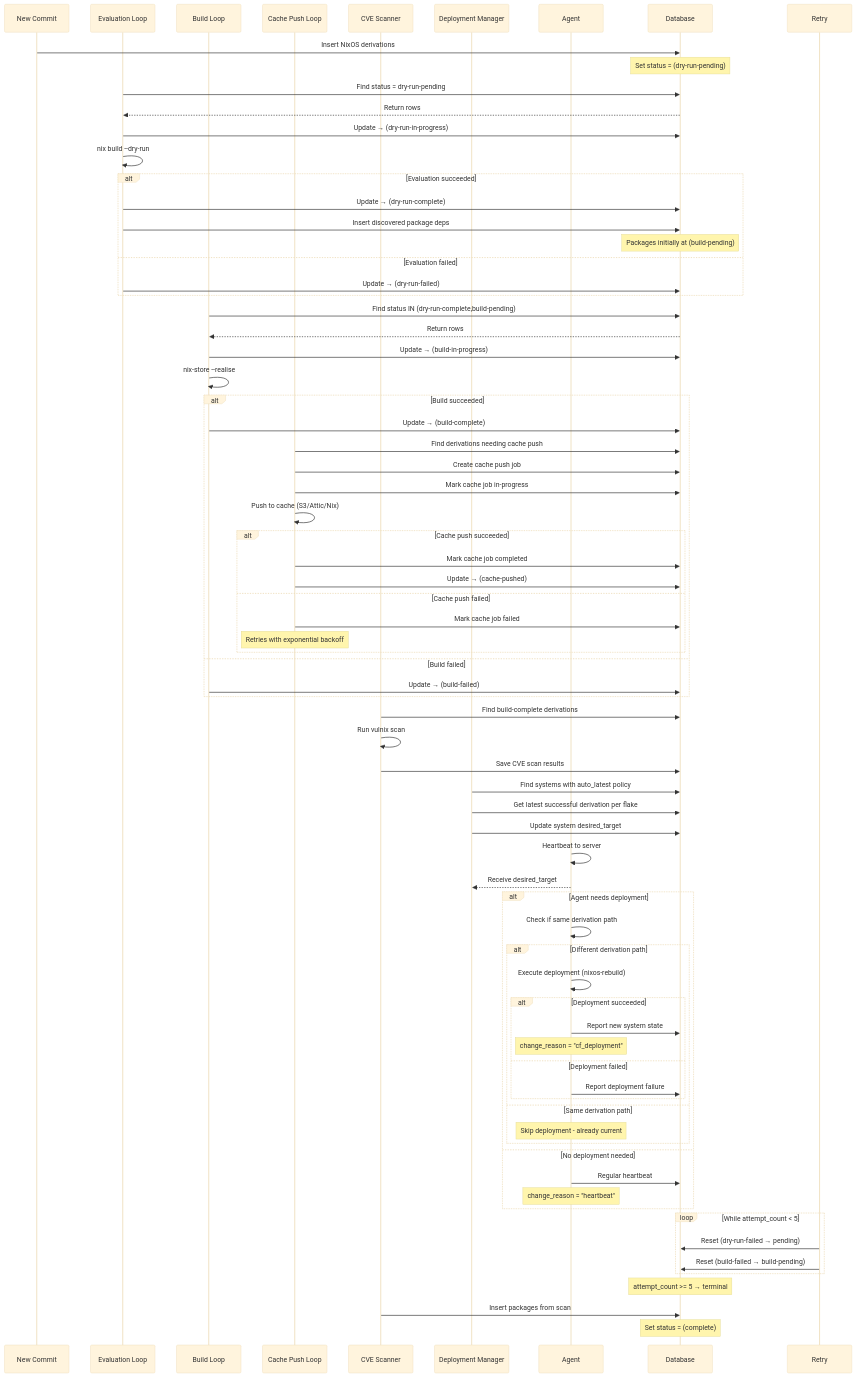
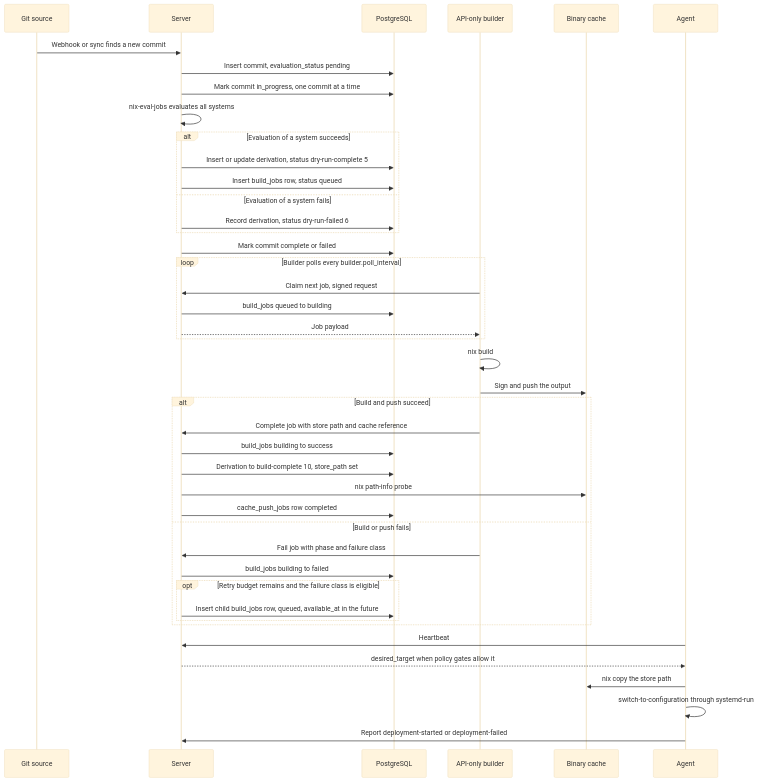
The diagram in docs/knowledge/concepts/derivation-status-lifecycle.md (usmcamp0811/crystal-forge), drawn with Mermaid (base theme) before and after one commit. The commit also changed other lines of this file and 39 other files, not shown here.

````diff
--- a/docs/knowledge/concepts/derivation-status-lifecycle.md
+++ b/docs/knowledge/concepts/derivation-status-lifecycle.md
@@ -29,99 +59,48 @@
 ```mermaid
 sequenceDiagram
-    participant Commit as New Commit
-    participant Eval as Evaluation Loop
-    participant Build as Build Loop
-    participant Cache as Cache Push Loop
-    participant CVE as CVE Scanner
-    participant Deploy as Deployment Manager
-    participant Agent as Agent
-    participant DB as Database
+    participant G as Git source
+    participant S as Server
+    participant DB as PostgreSQL
+    participant B as API-only builder
+    participant C as Binary cache
+    participant A as Agent
 
-    %% Commit discovery
-    Commit->>DB: Insert NixOS derivations
-    Note over DB: Set status = (dry-run-pending)
+    G->>S: Webhook or sync finds a new commit
+    S->>DB: Insert commit, evaluation_status pending
+    S->>DB: Mark commit in_progress, one commit at a time
+    S->>S: nix-eval-jobs evaluates all systems
+    alt Evaluation of a system succeeds
+        S->>DB: Insert or update derivation, status dry-run-complete 5
+        S->>DB: Insert build_jobs row, status queued
+    else Evaluation of a system fails
+        S->>DB: Record derivation, status dry-run-failed 6
+    end
+    S->>DB: Mark commit complete or failed
 
-    %% Evaluation loop
-    Eval->>DB: Find status = dry-run-pending
-    DB-->>Eval: Return rows
-    Eval->>DB: Update → (dry-run-in-progress)
-    Eval->>Eval: nix build --dry-run
-
-    alt Evaluation succeeded
-        Eval->>DB: Update → (dry-run-complete)
-        Eval->>DB: Insert discovered package deps
-        Note over DB: Packages initially at (build-pending)
-    else Evaluation failed
-        Eval->>DB: Update → (dry-run-failed)
+    loop Builder polls every builder.poll_interval
+        B->>S: Claim next job, signed request
+        S->>DB: build_jobs queued to building
+        S-->>B: Job payload
+    end
+    B->>B: nix build
+    B->>C: Sign and push the output
+    alt Build and push succeed
+        B->>S: Complete job with store path and cache reference
+        S->>DB: build_jobs building to success
+        S->>DB: Derivation to build-complete 10, store_path set
+        S->>C: nix path-info probe
+        S->>DB: cache_push_jobs row completed
+    else Build or push fails
+        B->>S: Fail job with phase and failure class
+        S->>DB: build_jobs building to failed
+        opt Retry budget remains and the failure class is eligible
+            S->>DB: Insert child build_jobs row, queued, available_at in the future
+        end
     end
 
-    %% Build loop
-    Build->>DB: Find status IN (dry-run-complete,build-pending)
-    DB-->>Build: Return rows
-    Build->>DB: Update → (build-in-progress)
-    Build->>Build: nix-store --realise
-
-    alt Build succeeded
-        Build->>DB: Update → (build-complete)
-        
-        %% Cache push flow
-        Cache->>DB: Find derivations needing cache push
-        Cache->>DB: Create cache push job
-        Cache->>DB: Mark cache job in-progress
-        Cache->>Cache: Push to cache (S3/Attic/Nix)
-        
-        alt Cache push succeeded
-            Cache->>DB: Mark cache job completed
-            Cache->>DB: Update → (cache-pushed)
-        else Cache push failed
-            Cache->>DB: Mark cache job failed
-            Note over Cache: Retries with exponential backoff
-        end
-        
-    else Build failed
-        Build->>DB: Update → (build-failed)
-    end
-
-    %% CVE Scanning
-    CVE->>DB: Find build-complete derivations
-    CVE->>CVE: Run vulnix scan
-    CVE->>DB: Save CVE scan results
-    
-    %% Deployment Policy Management
-    Deploy->>DB: Find systems with auto_latest policy
-    Deploy->>DB: Get latest successful derivation per flake
-    Deploy->>DB: Update system desired_target
-    
-    %% Agent Deployment Flow
-    Agent->>Agent: Heartbeat to server
-    Agent-->>Deploy: Receive desired_target
-    
-    alt Agent needs deployment
-        Agent->>Agent: Check if same derivation path
-        alt Different derivation path
-            Agent->>Agent: Execute deployment (nixos-rebuild)
-            alt Deployment succeeded
-                Agent->>DB: Report new system state
-                Note over Agent: change_reason = "cf_deployment"
-            else Deployment failed
-                Agent->>DB: Report deployment failure
-            end
-        else Same derivation path
-            Note over Agent: Skip deployment - already current
-        end
-    else No deployment needed
-        Agent->>DB: Regular heartbeat
-        Note over Agent: change_reason = "heartbeat"
-    end
-
-    %% Retry handler
-    loop While attempt_count < 5
-        Retry->>DB: Reset (dry-run-failed → pending)
-        Retry->>DB: Reset (build-failed → build-pending)
-    end
-    Note over DB: attempt_count >= 5 → terminal
-
-    %% Alternative entry via CVE scanning
-    CVE->>DB: Insert packages from scan
-    Note over DB: Set status = (complete)
+    A->>S: Heartbeat
+    S-->>A: desired_target when policy gates allow it
+    A->>C: nix copy the store path
+    A->>A: switch-to-configuration through systemd-run
+    A->>S: Report deployment-started or deployment-failed
 ```
````
